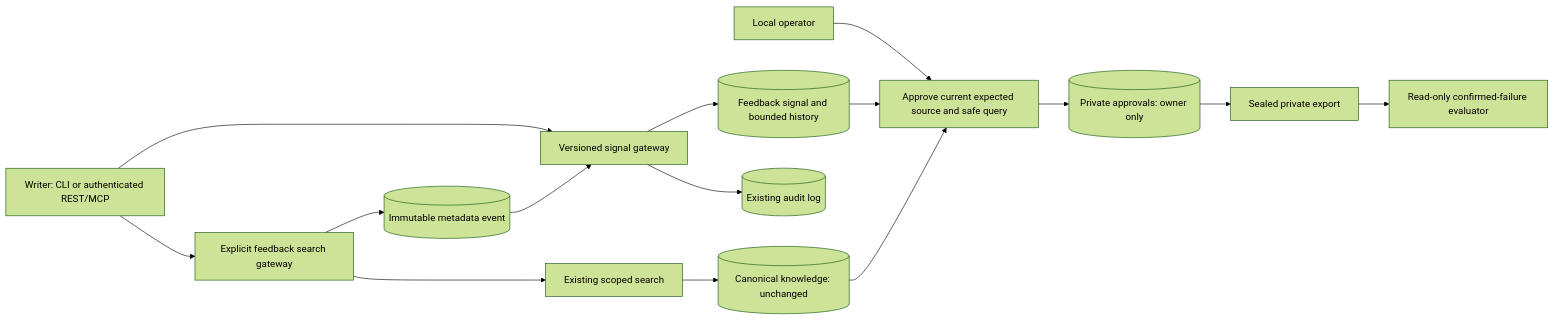
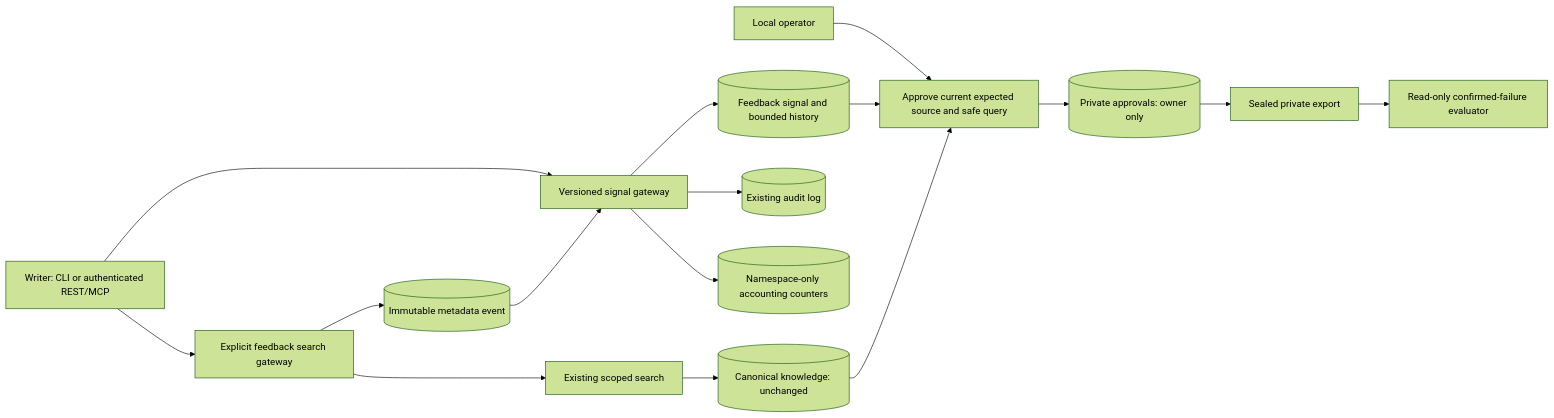
The first of 2 diagrams in docs/uml/retrieval-feedback-71.md (phense/agentic-rag), drawn with Mermaid (forest theme) before and after one commit. The commit also changed other lines of this file and 2 other files, not shown here.

Commit message:
docs(specs): retain feedback quota accounting across scope revocation

````diff
--- a/docs/uml/retrieval-feedback-71.md
+++ b/docs/uml/retrieval-feedback-71.md
@@ -10,17 +10,18 @@
 ```mermaid
 flowchart LR
   C[Writer: CLI or authenticated REST/MCP] --> F[Explicit feedback search gateway]
   F --> S[Existing scoped search]
   S --> K[(Canonical knowledge: unchanged)]
   F --> E[(Immutable metadata event)]
   C --> M[Versioned signal gateway]
   E --> M
   M --> R[(Feedback signal and bounded history)]
   M --> A[(Existing audit log)]
+  M --> U[(Namespace-only accounting counters)]
   O[Local operator] --> P[Approve current expected source and safe query]
   R --> P
   K --> P
   P --> V[(Private approvals: owner only)]
   V --> X[Sealed private export]
   X --> B[Read-only confirmed-failure evaluator]
 ```
````
